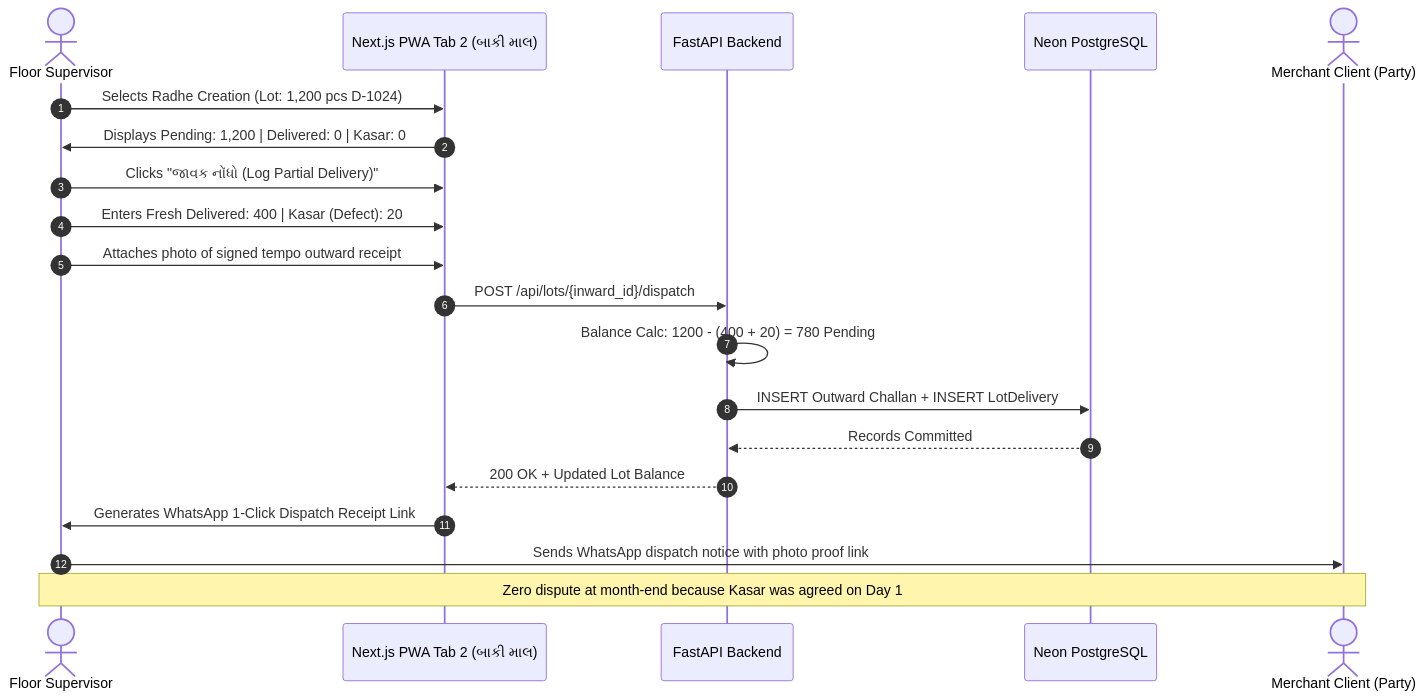
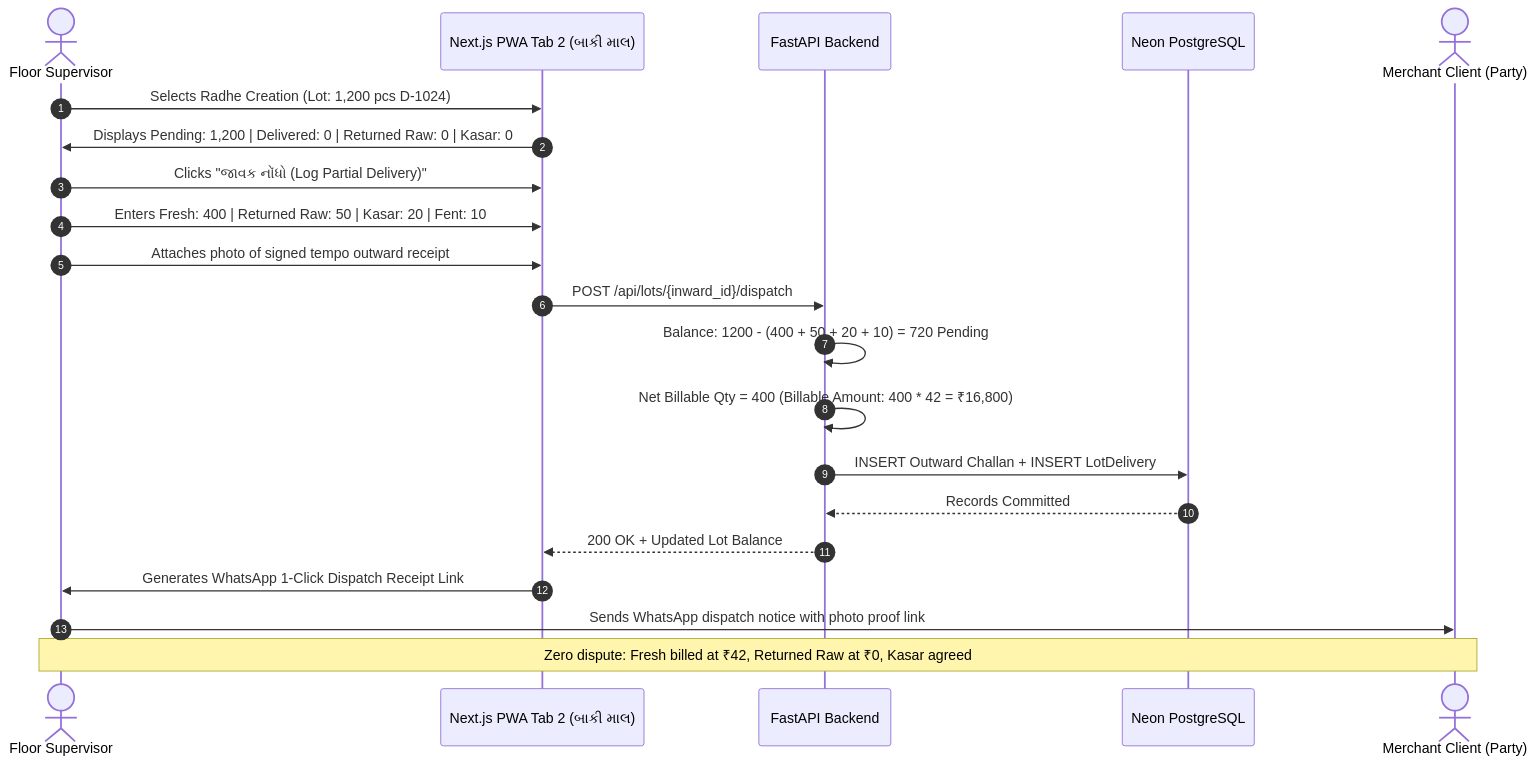
One commit to smit3203/AI-chatbot- changed the eighth of 10 diagrams in ARCHITECTURE_AND_FLOW.md. Above: the diagram before and after it, drawn with Mermaid. The commit also changed other lines of this file and 33 other files, not shown here.

````diff
--- a/ARCHITECTURE_AND_FLOW.md
+++ b/ARCHITECTURE_AND_FLOW.md
@@ -947,25 +1016,26 @@
 ```mermaid
 sequenceDiagram
     autonumber
     actor Master as Floor Supervisor
     participant UI as Next.js PWA Tab 2 (બાકી માલ)
     participant Backend as FastAPI Backend
     participant DB as Neon PostgreSQL
     actor Party as Merchant Client (Party)
 
     Master->>UI: Selects Radhe Creation (Lot: 1,200 pcs D-1024)
-    UI->>Master: Displays Pending: 1,200 | Delivered: 0 | Kasar: 0
+    UI->>Master: Displays Pending: 1,200 | Delivered: 0 | Returned Raw: 0 | Kasar: 0
     Master->>UI: Clicks "જાવક નોંધો (Log Partial Delivery)"
-    Master->>UI: Enters Fresh Delivered: 400 | Kasar (Defect): 20
+    Master->>UI: Enters Fresh: 400 | Returned Raw: 50 | Kasar: 20 | Fent: 10
     Master->>UI: Attaches photo of signed tempo outward receipt
     UI->>Backend: POST /api/lots/{inward_id}/dispatch
     
-    Backend->>Backend: Balance Calc: 1200 - (400 + 20) = 780 Pending
+    Backend->>Backend: Balance: 1200 - (400 + 50 + 20 + 10) = 720 Pending
+    Backend->>Backend: Net Billable Qty = 400 (Billable Amount: 400 * 42 = ₹16,800)
     Backend->>DB: INSERT Outward Challan + INSERT LotDelivery
     DB-->>Backend: Records Committed
     Backend-->>UI: 200 OK + Updated Lot Balance
     
     UI->>Master: Generates WhatsApp 1-Click Dispatch Receipt Link
     Master->>Party: Sends WhatsApp dispatch notice with photo proof link
-    Note over Master,Party: Zero dispute at month-end because Kasar was agreed on Day 1
+    Note over Master,Party: Zero dispute: Fresh billed at ₹42, Returned Raw at ₹0, Kasar agreed
 ```
````
